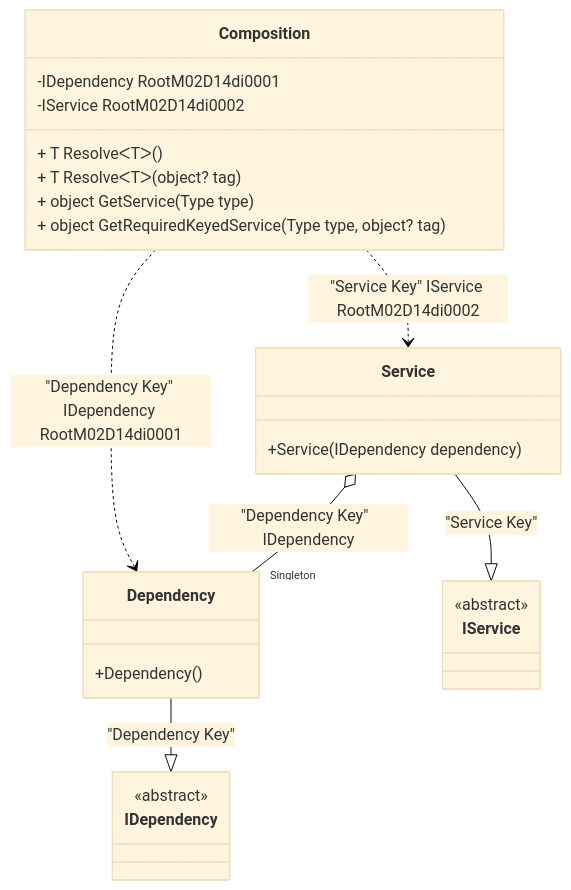
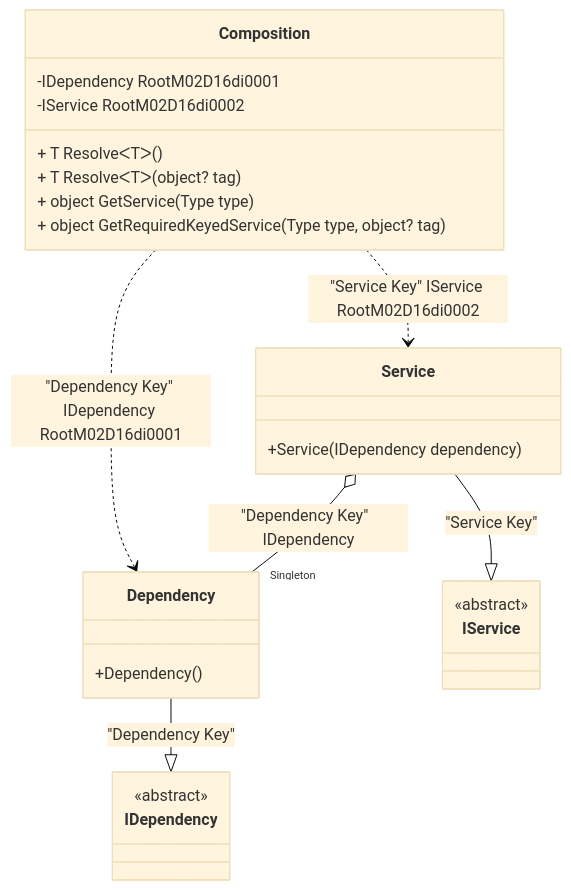
Before and after one commit to DevTeam/Pure.DI: the diagram in readme/keyed-service-provider.md, drawn with Mermaid (base theme). The commit also changed other lines of this file and 78 other files, not shown here.

````diff
--- a/readme/keyed-service-provider.md
+++ b/readme/keyed-service-provider.md
@@ -50,28 +50,28 @@
 ```mermaid
 classDiagram
   class Composition {
-    -IDependency RootM02D14di0001
-    -IService RootM02D14di0002
+    -IDependency RootM02D16di0001
+    -IService RootM02D16di0002
     + T ResolveᐸTᐳ()
     + T ResolveᐸTᐳ(object? tag)
     + object GetService(Type type)
     + object GetRequiredKeyedService(Type type, object? tag)
   }
   Dependency --|> IDependency : "Dependency Key" 
   class Dependency {
     +Dependency()
   }
   Service --|> IService : "Service Key" 
   class Service {
     +Service(IDependency dependency)
   }
   class IDependency {
     <<abstract>>
   }
   class IService {
     <<abstract>>
   }
   Service o--  "Singleton" Dependency : "Dependency Key"  IDependency
-  Composition ..> Dependency : "Dependency Key" IDependency RootM02D14di0001
-  Composition ..> Service : "Service Key" IService RootM02D14di0002
+  Composition ..> Dependency : "Dependency Key" IDependency RootM02D16di0001
+  Composition ..> Service : "Service Key" IService RootM02D16di0002
 ```
````
